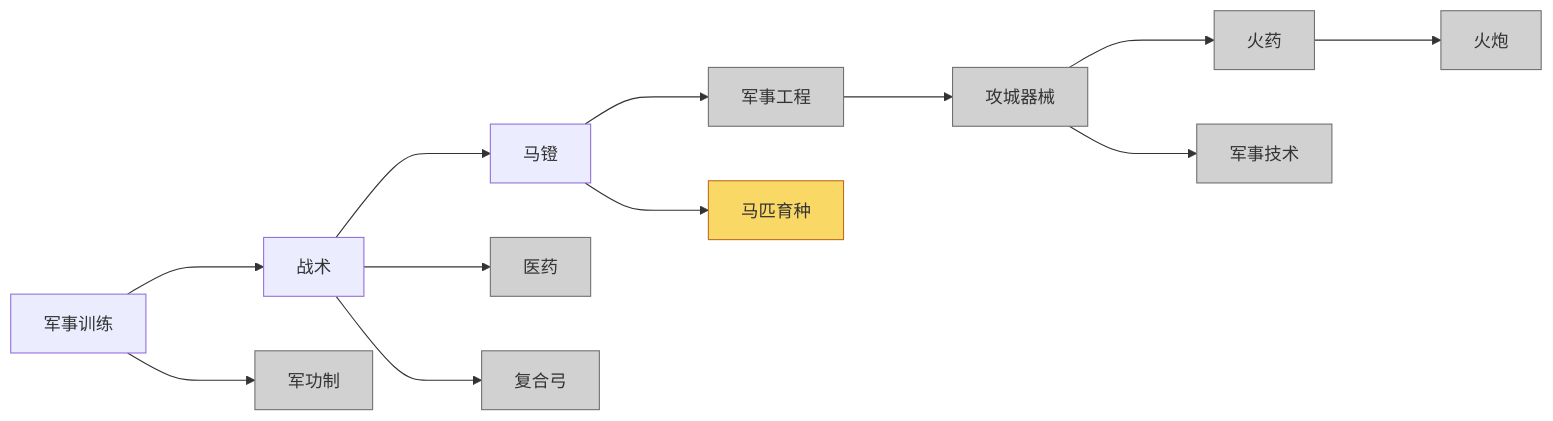
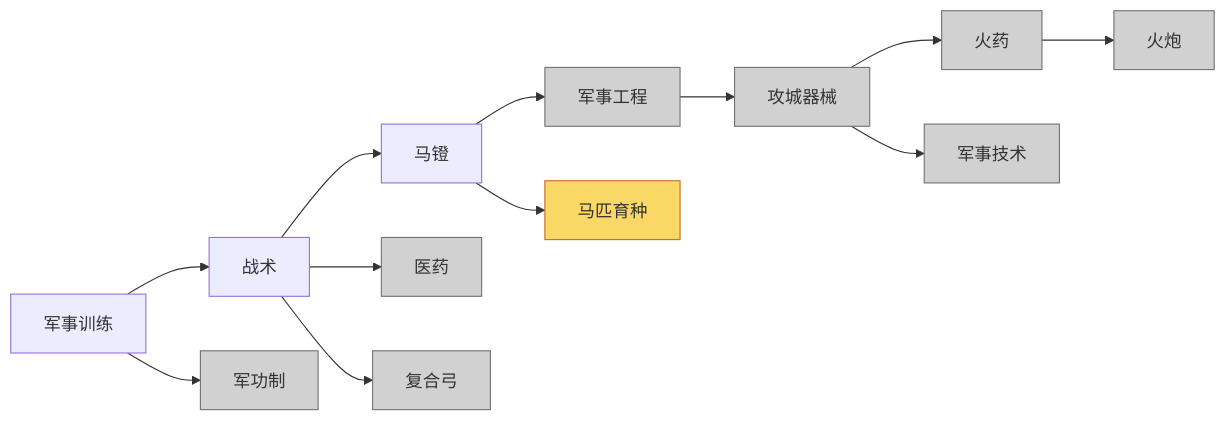
The seventh of 12 diagrams in 设计文档/建筑1.md (HkingAuditore/ToyEmpiresDocuments), drawn with Mermaid before and after one commit. The commit also changed other lines of this file and 1 other file, not shown here.

````diff
--- a/设计文档/建筑1.md
+++ b/设计文档/建筑1.md
@@ -420,15 +452,15 @@
     ``` mermaid
     flowchart LR
-        jsxl[军事训练] ---> zs[战术];
-        jsxl ---> jgz[军功制]:::notmain;
-        zs ---> md[马镫];
-        zs ---> yy[医药]:::notmain;
-        zs ---> fhg[复合弓]:::notmain;
-        md ---> jsgc[军事工程]:::notmain ---> gcqx[攻城器械]:::notmain;
-        md ---> mpyz[马匹育种]:::target;
-        gcqx ---> hy[火药]:::notmain ---> hp[火炮]:::notmain;
-        gcqx ---> jsjs[军事技术]:::notmain;
+        jsxl[军事训练] --> zs[战术];
+        jsxl --> jgz[军功制]:::notmain;
+        zs --> md[马镫];
+        zs --> yy[医药]:::notmain;
+        zs --> fhg[复合弓]:::notmain;
+        md --> jsgc[军事工程]:::notmain --> gcqx[攻城器械]:::notmain;
+        md --> mpyz[马匹育种]:::target;
+        gcqx --> hy[火药]:::notmain --> hp[火炮]:::notmain;
+        gcqx --> jsjs[军事技术]:::notmain;
 
     classDef notmain fill:#d1d1d1, stroke:#707070;
     classDef target fill:#fad866, stroke:#c16b1f;
     ```
````
